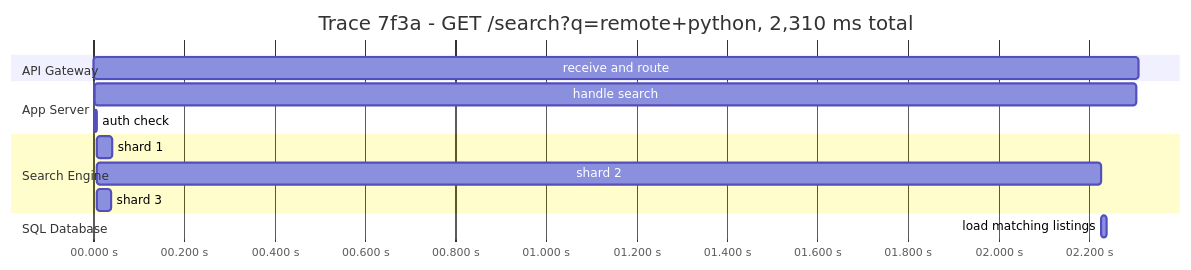
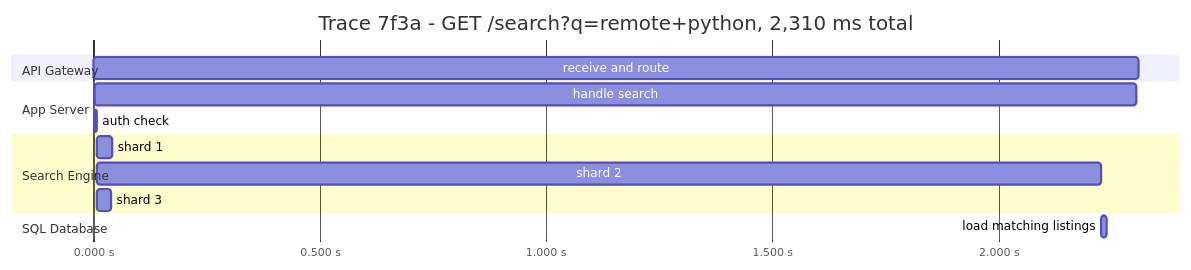
One commit to Prateesh-Sulikeri/ScaleCraft changed the first of 2 diagrams in public/content/chapters/bb-3-25-observability.mdx. Above: the diagram before and after it, drawn with Mermaid. The commit also changed 18 other files, not shown here.

````diff
--- a/public/content/chapters/bb-3-25-observability.mdx
+++ b/public/content/chapters/bb-3-25-observability.mdx
@@ -32,17 +32,18 @@
 ```mermaid
 gantt
     title Trace 7f3a - GET /search?q=remote+python, 2,310 ms total
     dateFormat x
-    axisFormat %S.%L s
+    axisFormat %-S.%L s
+    tickInterval 500millisecond
     section API Gateway
     receive and route            :0, 2310
     section App Server
     handle search                :3, 2306
     auth check                   :3, 8
     section Search Engine
     shard 1                      :8, 41
     shard 2                      :8, 2228
     shard 3                      :8, 39
     section SQL Database
     load matching listings       :2228, 2239
 ```
````
